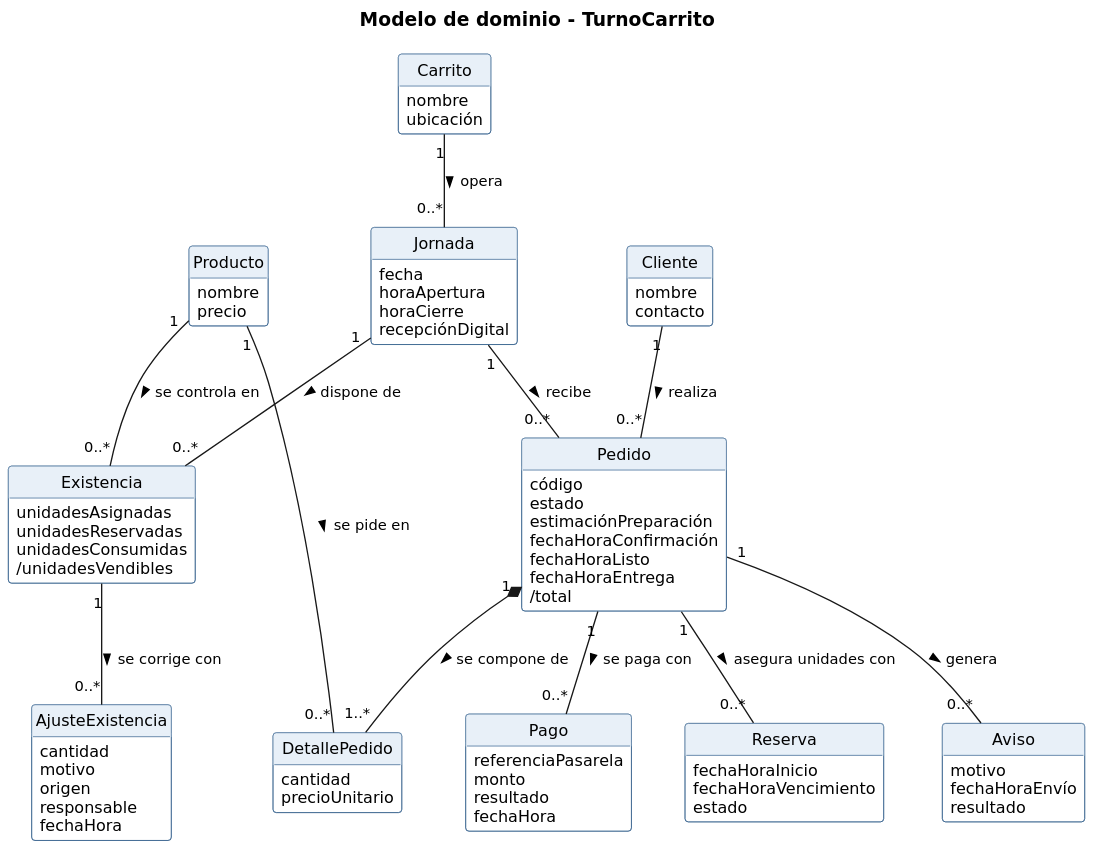
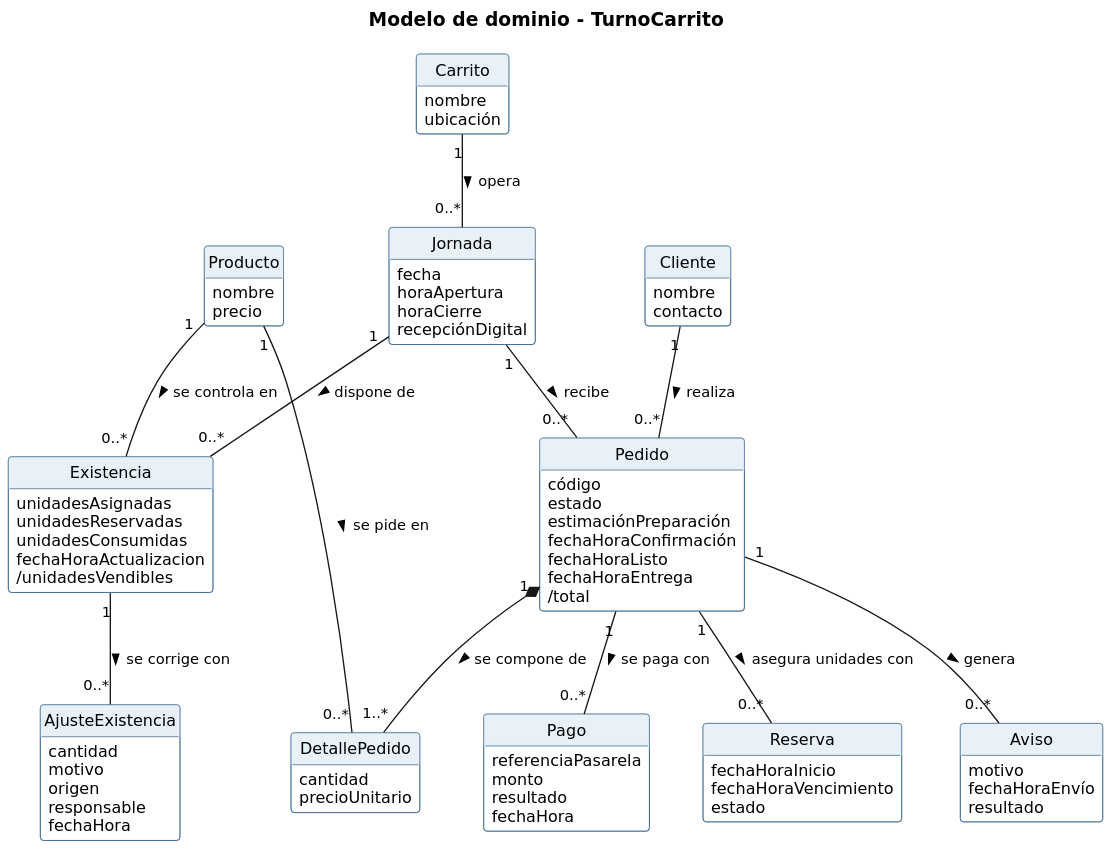
The diagram in diagramas/modelo-dominio.puml (Sysfood/OptimizacionCarrito), drawn with PlantUML before and after one commit. The commit also changed 9 other files, not shown here.

```diff
--- a/diagramas/modelo-dominio.puml
+++ b/diagramas/modelo-dominio.puml
@@ -1,103 +1,104 @@
 @startuml modelo-dominio
 title Modelo de dominio - TurnoCarrito
 
 hide circle
 hide methods
 skinparam classAttributeIconSize 0
 skinparam shadowing false
 skinparam dpi 160
 skinparam defaultFontName DejaVu Sans
 skinparam defaultFontSize 12
 skinparam ArrowFontSize 11
 skinparam class {
   BackgroundColor #FFFFFF
   BorderColor #2F5D8A
   HeaderBackgroundColor #E8F0F8
 }
 skinparam nodesep 40
 skinparam ranksep 55
 
 class Carrito {
   nombre
   ubicación
 }
 
 class Jornada {
   fecha
   horaApertura
   horaCierre
   recepciónDigital
 }
 
 class Producto {
   nombre
   precio
 }
 
 class Existencia {
   unidadesAsignadas
   unidadesReservadas
   unidadesConsumidas
+  fechaHoraActualizacion
   /unidadesVendibles
 }
 
 class AjusteExistencia {
   cantidad
   motivo
   origen
   responsable
   fechaHora
 }
 
 class Cliente {
   nombre
   contacto
 }
 
 class Pedido {
   código
   estado
   estimaciónPreparación
   fechaHoraConfirmación
   fechaHoraListo
   fechaHoraEntrega
   /total
 }
 
 class DetallePedido {
   cantidad
   precioUnitario
 }
 
 class Pago {
   referenciaPasarela
   monto
   resultado
   fechaHora
 }
 
 class Reserva {
   fechaHoraInicio
   fechaHoraVencimiento
   estado
 }
 
 class Aviso {
   motivo
   fechaHoraEnvío
   resultado
 }
 
 Carrito "1" -- "0..*" Jornada : opera >
 Jornada "1" -- "0..*" Existencia : dispone de >
 Producto "1" -- "0..*" Existencia : se controla en >
 Existencia "1" -- "0..*" AjusteExistencia : se corrige con >
 Cliente "1" -- "0..*" Pedido : realiza >
 Jornada "1" -- "0..*" Pedido : recibe >
 Pedido "1" *-- "1..*" DetallePedido : se compone de >
 Producto "1" -- "0..*" DetallePedido : se pide en >
 Pedido "1" -- "0..*" Pago : se paga con >
 Pedido "1" -- "0..*" Reserva : asegura unidades con >
 Pedido "1" -- "0..*" Aviso : genera >
 
 @enduml
```
